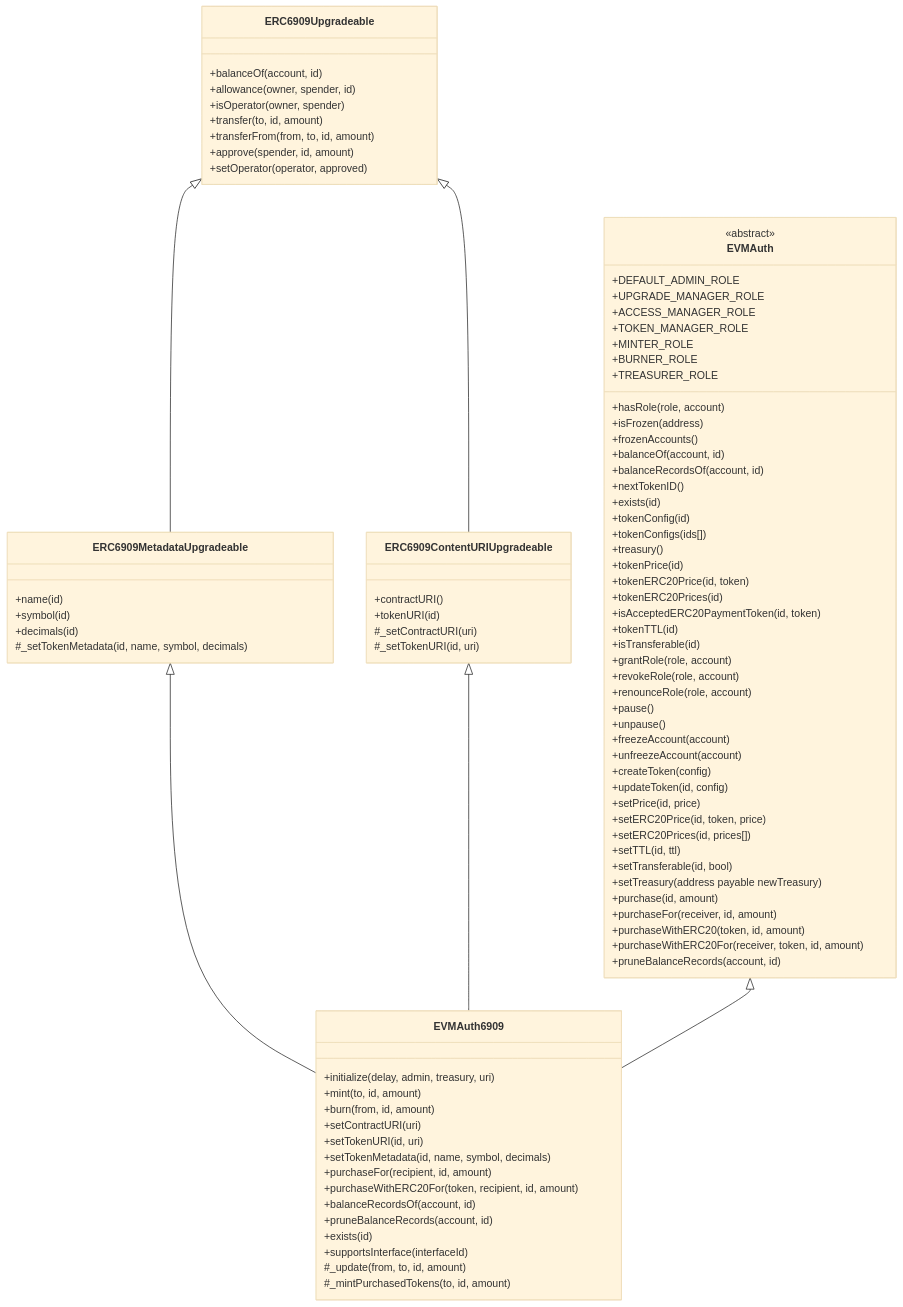
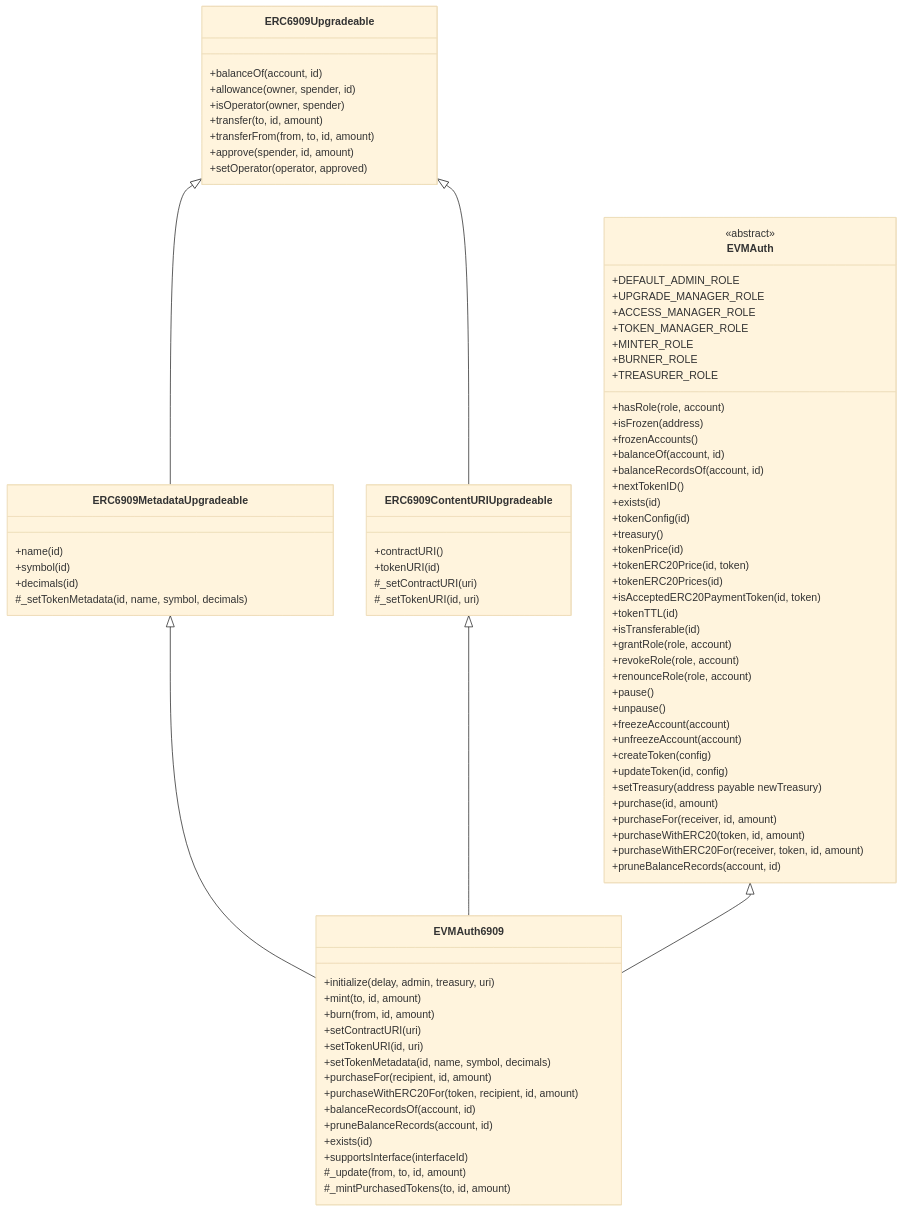
Before and after one commit to glanzz/evmauth-core: the third of 3 diagrams in README.md, drawn with Mermaid (base theme). The commit also changed other lines of this file and 1 other file, not shown here.

Commit message:
feat: remove single token property setters to reduce contract sizes

```diff
--- a/README.md
+++ b/README.md
@@ -365,7 +353,6 @@
         +nextTokenID()
         +exists(id)
         +tokenConfig(id)
-        +tokenConfigs(ids[])
         +treasury()
         +tokenPrice(id)
         +tokenERC20Price(id, token)
@@ -382,11 +369,6 @@
         +unfreezeAccount(account)
         +createToken(config)
         +updateToken(id, config)
-        +setPrice(id, price)
-        +setERC20Price(id, token, price)
-        +setERC20Prices(id, prices[])
-        +setTTL(id, ttl)
-        +setTransferable(id, bool)
         +setTreasury(address payable newTreasury)
         +purchase(id, amount)
         +purchaseFor(receiver, id, amount)
```
